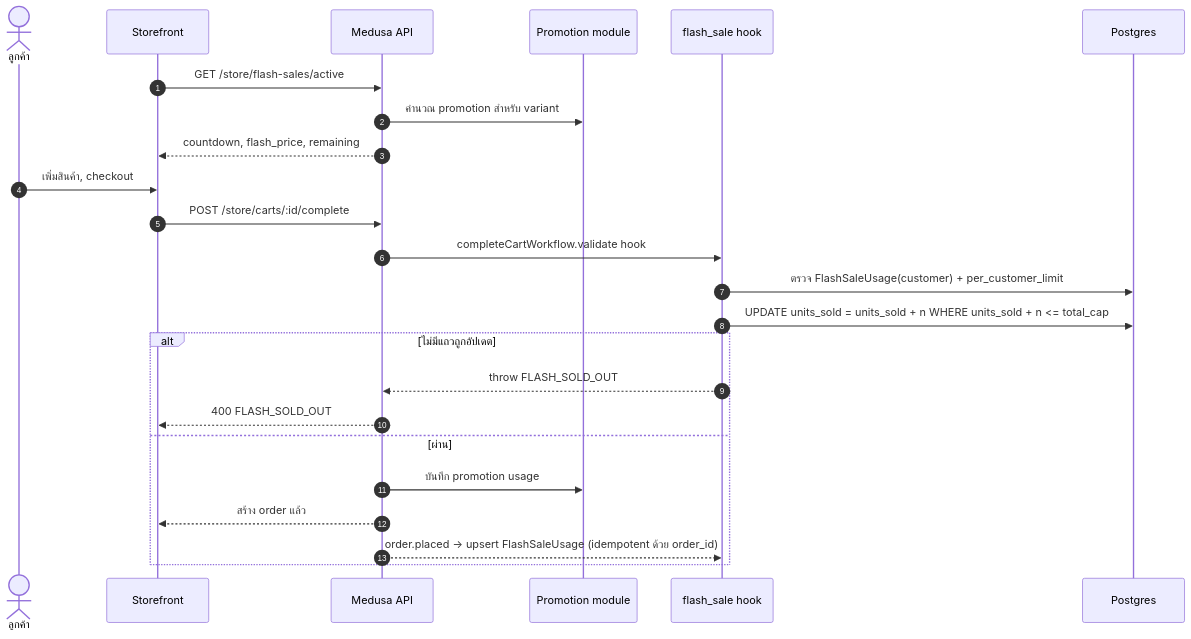
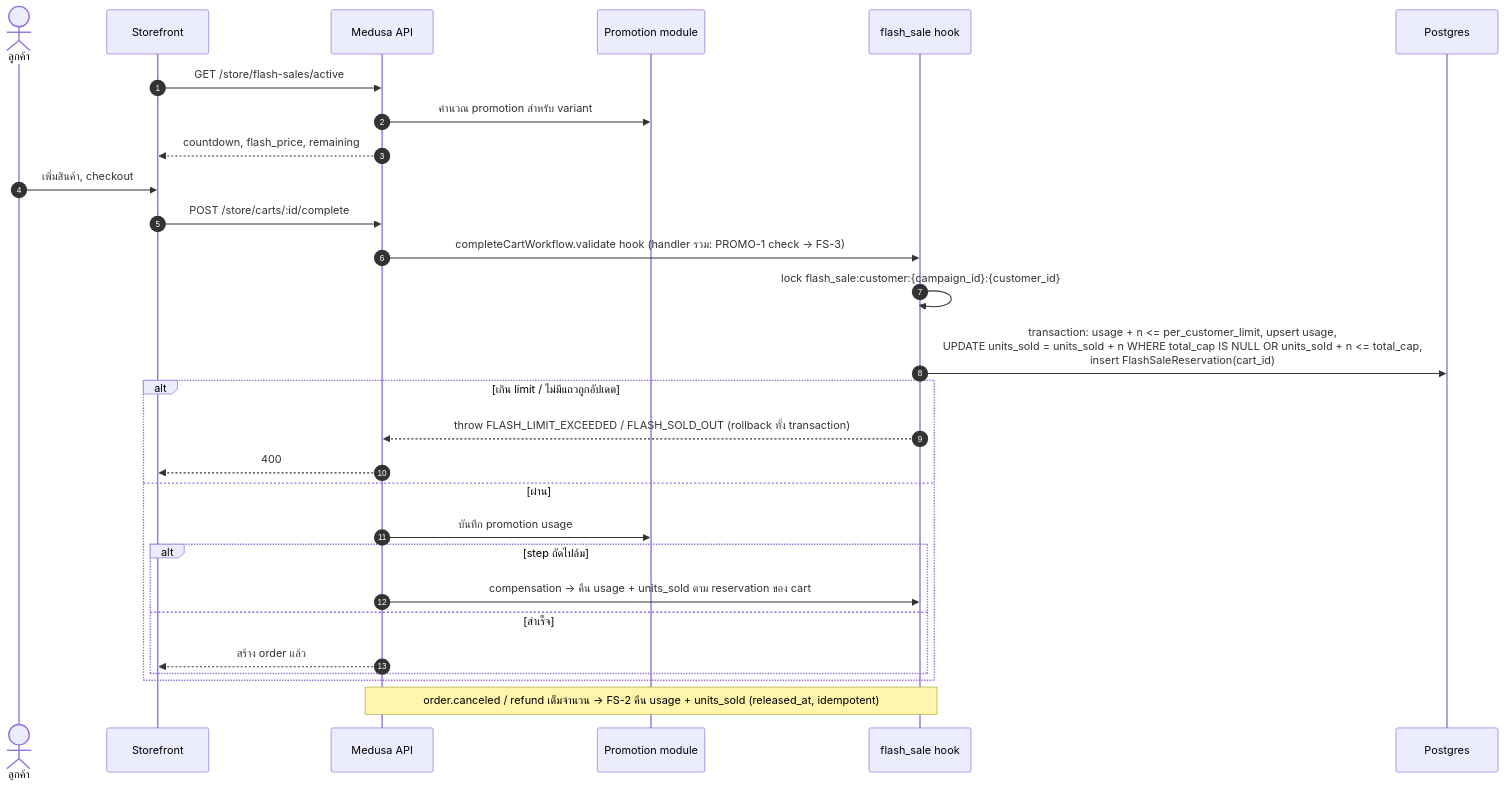
One commit to techpowerdev/medusa-ecom changed the second of 7 diagrams in docs/design/sequence-diagrams.md. Above: the diagram before and after it, drawn with Mermaid. The commit also changed 2 other files, not shown here.

Commit message:
docs: ปรับ spec 03 ให้ FS-3 จองสิทธิ์ตอน complete cart (Locking + FlashSaleReservation) และ FS-2 คืนค่าเฉพาะ cancel/refund เต็มจำนวน

````diff
--- a/docs/design/sequence-diagrams.md
+++ b/docs/design/sequence-diagrams.md
@@ -37,27 +37,31 @@
 ```mermaid
 sequenceDiagram
   autonumber
   actor C as ลูกค้า
   participant SF as Storefront
   participant API as Medusa API
   participant PR as Promotion module
   participant FS as flash_sale hook
   participant DB as Postgres
 
   SF->>API: GET /store/flash-sales/active
   API->>PR: คำนวณ promotion สำหรับ variant
   API-->>SF: countdown, flash_price, remaining
   C->>SF: เพิ่มสินค้า, checkout
   SF->>API: POST /store/carts/:id/complete
-  API->>FS: completeCartWorkflow.validate hook
-  FS->>DB: ตรวจ FlashSaleUsage(customer) + per_customer_limit
-  FS->>DB: UPDATE units_sold = units_sold + n WHERE units_sold + n <= total_cap
-  alt ไม่มีแถวถูกอัปเดต
-    FS-->>API: throw FLASH_SOLD_OUT
-    API-->>SF: 400 FLASH_SOLD_OUT
+  API->>FS: completeCartWorkflow.validate hook (handler รวม: PROMO-1 check → FS-3)
+  FS->>FS: lock flash_sale:customer:{campaign_id}:{customer_id}
+  FS->>DB: transaction: usage + n <= per_customer_limit, upsert usage,<br/>UPDATE units_sold = units_sold + n WHERE total_cap IS NULL OR units_sold + n <= total_cap,<br/>insert FlashSaleReservation(cart_id)
+  alt เกิน limit / ไม่มีแถวถูกอัปเดต
+    FS-->>API: throw FLASH_LIMIT_EXCEEDED / FLASH_SOLD_OUT (rollback ทั้ง transaction)
+    API-->>SF: 400
   else ผ่าน
     API->>PR: บันทึก promotion usage
-    API-->>SF: สร้าง order แล้ว
-    API-->>FS: order.placed → upsert FlashSaleUsage (idempotent ด้วย order_id)
+    alt step ถัดไปล้ม
+      API->>FS: compensation → คืน usage + units_sold ตาม reservation ของ cart
+    else สำเร็จ
+      API-->>SF: สร้าง order แล้ว
+    end
   end
+  Note over API,FS: order.canceled / refund เต็มจำนวน → FS-2 คืน usage + units_sold (released_at, idempotent)
 ```
````
